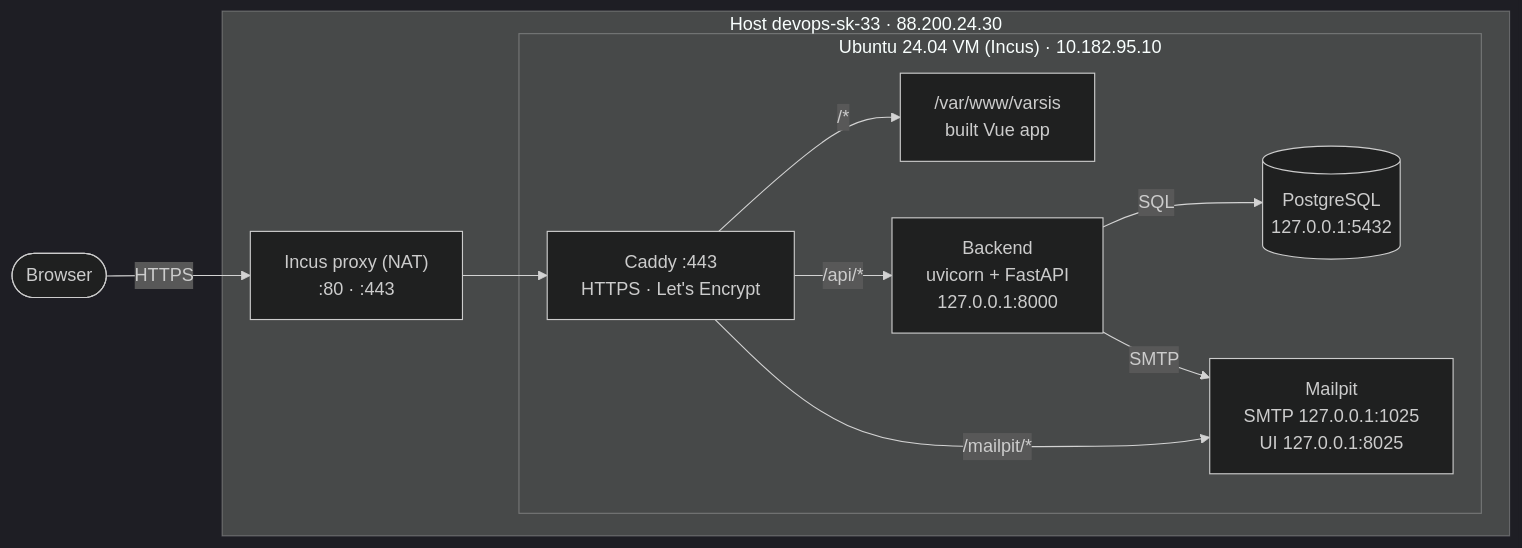
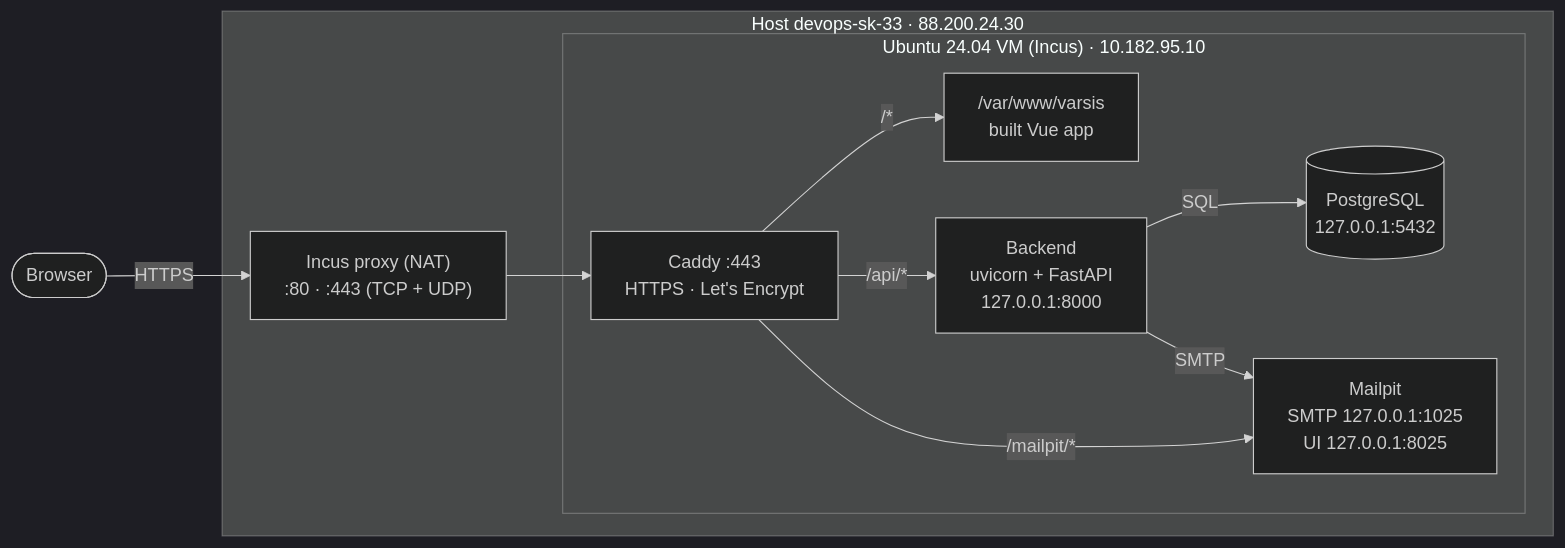
Before and after one commit to devops-fri-26/sk-33-virtualization: the first of 2 diagrams in deploy/README.md, drawn with Mermaid (dark theme). The commit also changed other lines of this file and 2 other files, not shown here.

Commit message:
Docs: forward UDP 443 to the VM for HTTP/3
Caddy offers HTTP/3 and the VM's ufw allows UDP 443, but only TCP was forwarded.

````diff
--- a/deploy/README.md
+++ b/deploy/README.md
@@ -37,20 +37,20 @@
 ```mermaid
 flowchart LR
     browser(["Browser"])
     subgraph host["Host devops-sk-33 · 88.200.24.30"]
-        proxy["Incus proxy (NAT)<br/>:80 · :443"]
+        proxy["Incus proxy (NAT)<br/>:80 · :443 (TCP + UDP)"]
         subgraph vm["Ubuntu 24.04 VM (Incus) · 10.182.95.10"]
             caddy["Caddy :443<br/>HTTPS · Let's Encrypt"]
             static["/var/www/varsis<br/>built Vue app"]
             backend["Backend<br/>uvicorn + FastAPI<br/>127.0.0.1:8000"]
             db[("PostgreSQL<br/>127.0.0.1:5432")]
             mailpit["Mailpit<br/>SMTP 127.0.0.1:1025<br/>UI 127.0.0.1:8025"]
         end
     end
     browser -->|"HTTPS"| proxy --> caddy
     caddy -->|"/*"| static
     caddy -->|"/api/*"| backend
     caddy -->|"/mailpit/*"| mailpit
     backend -->|"SQL"| db
     backend -->|"SMTP"| mailpit
 ```
````
